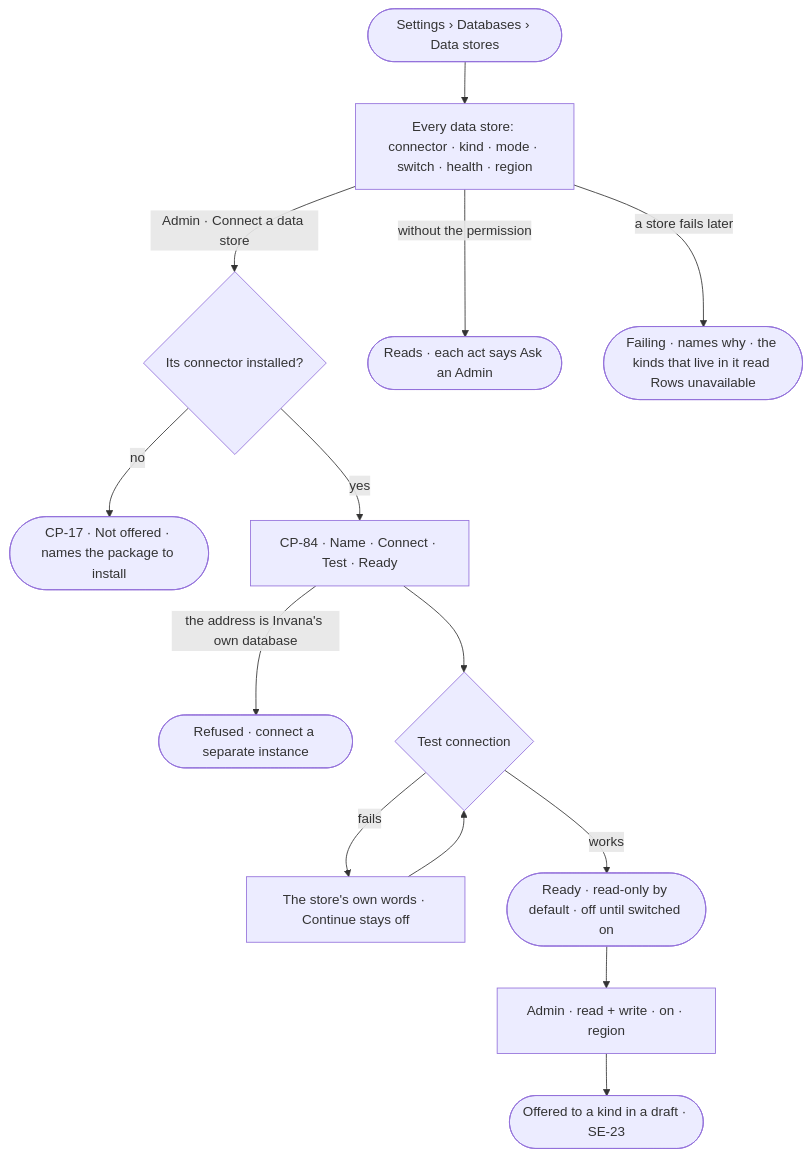
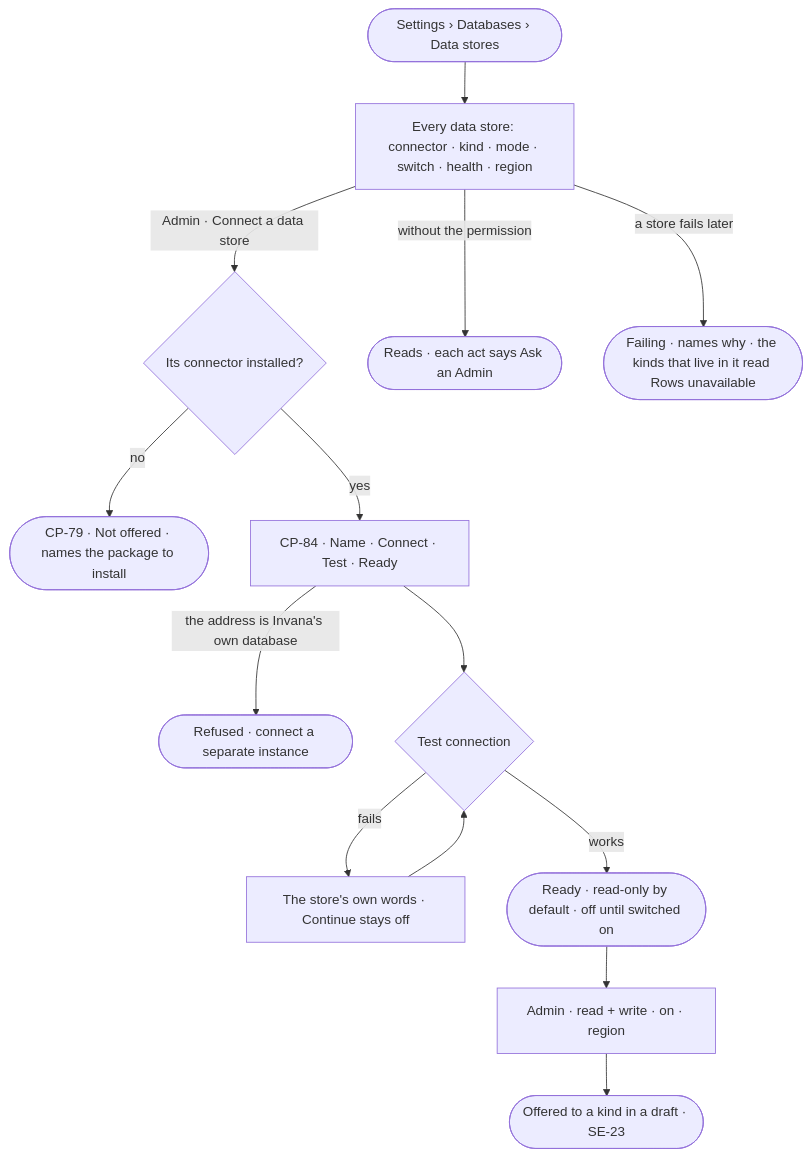
The diagram in specs/os/control/features/CP-F13-data-stores/feature.md (invana/invana), drawn with Mermaid before and after one commit. The commit also changed other lines of this file and 156 other files, not shown here.

Commit message:
wip(platform-design-3): P02 · steps 1-4 — section 4, E2E sweep, merges, flow boards, journeys

````diff
--- a/specs/os/control/features/CP-F13-data-stores/feature.md
+++ b/specs/os/control/features/CP-F13-data-stores/feature.md
@@ -27,15 +27,15 @@
 ```mermaid
 flowchart TD
   s([Settings › Databases › Data stores]) --> l["Every data store: connector · kind · mode · switch · health · region"]
   l -->|Admin · Connect a data store| pk{"Its connector installed?"}
-  pk -->|no| pn(["CP-17 · Not offered · names the package to install"])
+  pk -->|no| pn(["CP-79 · Not offered · names the package to install"])
   pk -->|yes| c["CP-84 · Name · Connect · Test · Ready"]
   c -->|the address is Invana's own database| own(["Refused · connect a separate instance"])
   c --> t{"Test connection"}
   t -->|fails| tf["The store's own words · Continue stays off"] --> t
   t -->|works| rdy(["Ready · read-only by default · off until switched on"])
   rdy --> sw["Admin · read + write · on · region"]
   sw --> use(["Offered to a kind in a draft · SE-23"])
   l -->|without the permission| na(["Reads · each act says Ask an Admin"])
   l -->|a store fails later| fl(["Failing · names why · the kinds that live in it read Rows unavailable"])
 ```
````
